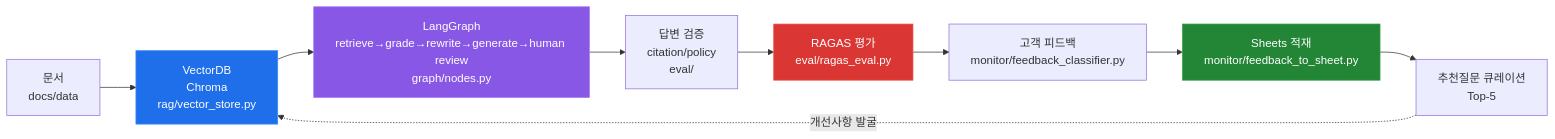
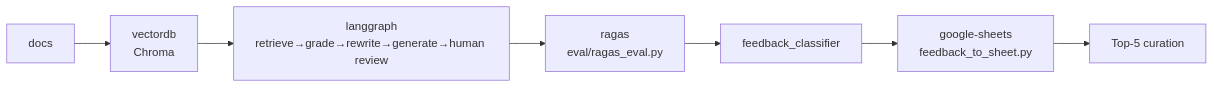
Before and after one commit to ianlyoo/rag-ops-console: the diagram in README.md, drawn with Mermaid. The commit also changed other lines of this file and 1 other file, not shown here.

````diff
--- a/README.md
+++ b/README.md
@@ -43,16 +62,9 @@
 ```mermaid
 flowchart LR
-    A[문서<br/>docs/data] --> B[VectorDB<br/>Chroma<br/>rag/vector_store.py]
-    B --> C[LangGraph<br/>retrieve→grade→rewrite→generate→human review<br/>graph/nodes.py]
-    C --> D[답변 검증<br/>citation/policy<br/>eval/]
-    D --> E[RAGAS 평가<br/>eval/ragas_eval.py]
-    E --> F[고객 피드백<br/>monitor/feedback_classifier.py]
-    F --> G[Sheets 적재<br/>monitor/feedback_to_sheet.py]
-    G --> H[추천질문 큐레이션<br/>Top-5]
-    H -.->|개선사항 발굴| B
-
-    style B fill:#1f6feb,stroke:#388bfd,color:#fff
-    style C fill:#8957e5,stroke:#a475f9,color:#fff
-    style E fill:#da3633,stroke:#f85149,color:#fff
-    style G fill:#238636,stroke:#2ea043,color:#fff
+    A[docs] --> B[vectordb<br/>Chroma]
+    B --> C[langgraph<br/>retrieve→grade→rewrite→generate→human review]
+    C --> D[ragas<br/>eval/ragas_eval.py]
+    D --> E[feedback_classifier]
+    E --> F[google-sheets<br/>feedback_to_sheet.py]
+    F --> G[Top-5 curation]
 ```
````
